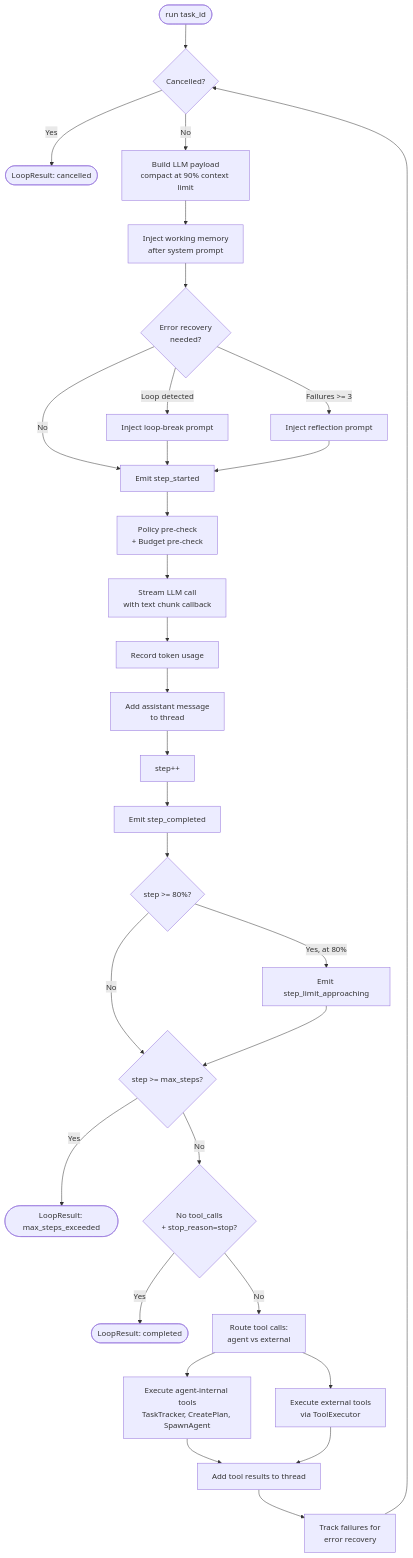
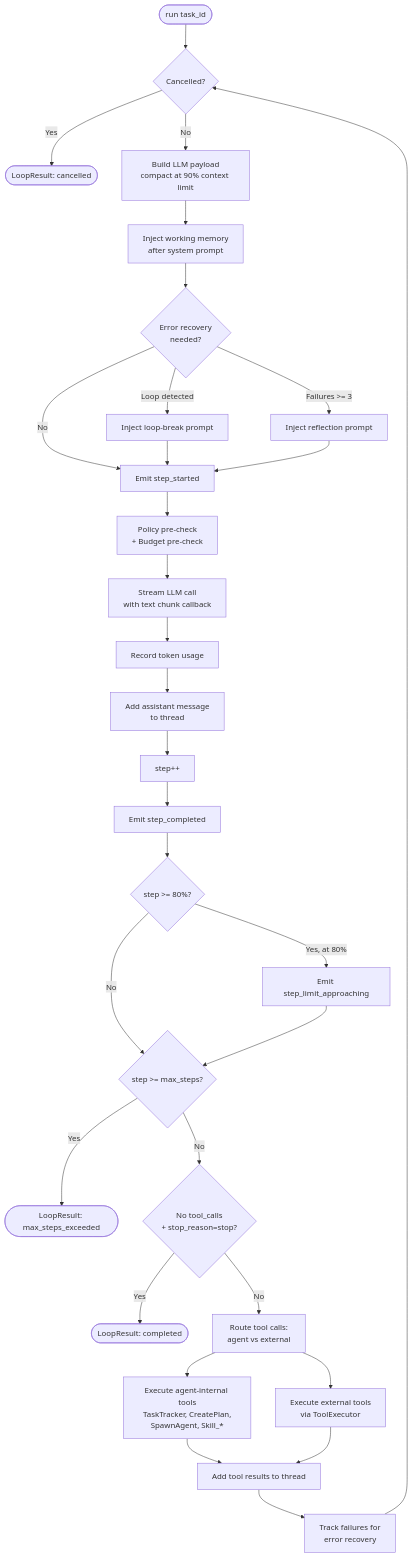
One commit to suman724/cowork-agent-runtime changed the fourth of 20 diagrams in docs/agent-loop-architecture.md. Above: the diagram before and after it, drawn with Mermaid. The commit also changed other lines of this file, not shown here.

````diff
--- a/docs/agent-loop-architecture.md
+++ b/docs/agent-loop-architecture.md
@@ -230,46 +234,46 @@
 ```mermaid
 flowchart TD
     Start([run task_id]) --> CheckCancel{Cancelled?}
     CheckCancel -->|Yes| ReturnCancelled([LoopResult: cancelled])
     CheckCancel -->|No| BuildMessages[Build LLM payload<br/>compact at 90% context limit]
 
     BuildMessages --> InjectWM[Inject working memory<br/>after system prompt]
     InjectWM --> InjectER{Error recovery<br/>needed?}
     InjectER -->|Loop detected| InjectLoop[Inject loop-break prompt]
     InjectER -->|Failures >= 3| InjectReflect[Inject reflection prompt]
     InjectER -->|No| EmitStep[Emit step_started]
 
     InjectLoop --> EmitStep
     InjectReflect --> EmitStep
 
     EmitStep --> PolicyCheck[Policy pre-check<br/>+ Budget pre-check]
     PolicyCheck --> StreamLLM[Stream LLM call<br/>with text chunk callback]
 
     StreamLLM --> RecordTokens[Record token usage]
     RecordTokens --> AddAssistant[Add assistant message<br/>to thread]
 
     AddAssistant --> IncrStep[step++]
     IncrStep --> EmitCompleted[Emit step_completed]
 
     EmitCompleted --> CheckLimit{step >= 80%?}
     CheckLimit -->|Yes, at 80%| EmitWarning[Emit step_limit_approaching]
     CheckLimit -->|No| CheckMax
 
     EmitWarning --> CheckMax{step >= max_steps?}
     CheckMax -->|Yes| ReturnMax([LoopResult: max_steps_exceeded])
     CheckMax -->|No| CheckDone
 
     CheckDone{No tool_calls<br/>+ stop_reason=stop?}
     CheckDone -->|Yes| ReturnDone([LoopResult: completed])
     CheckDone -->|No| RouteCalls
 
     RouteCalls[Route tool calls:<br/>agent vs external]
-    RouteCalls --> ExecAgent[Execute agent-internal tools<br/>TaskTracker, CreatePlan, SpawnAgent]
+    RouteCalls --> ExecAgent[Execute agent-internal tools<br/>TaskTracker, CreatePlan,<br/>SpawnAgent, Skill_*]
     RouteCalls --> ExecExternal[Execute external tools<br/>via ToolExecutor]
 
     ExecAgent --> AddResults[Add tool results to thread]
     ExecExternal --> AddResults
 
     AddResults --> TrackErrors[Track failures for<br/>error recovery]
     TrackErrors --> CheckCancel
 ```
````
